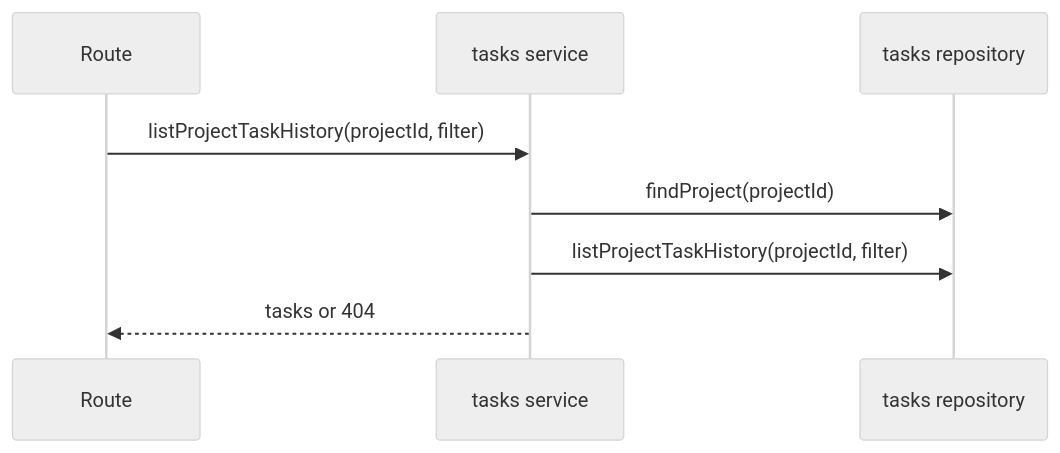
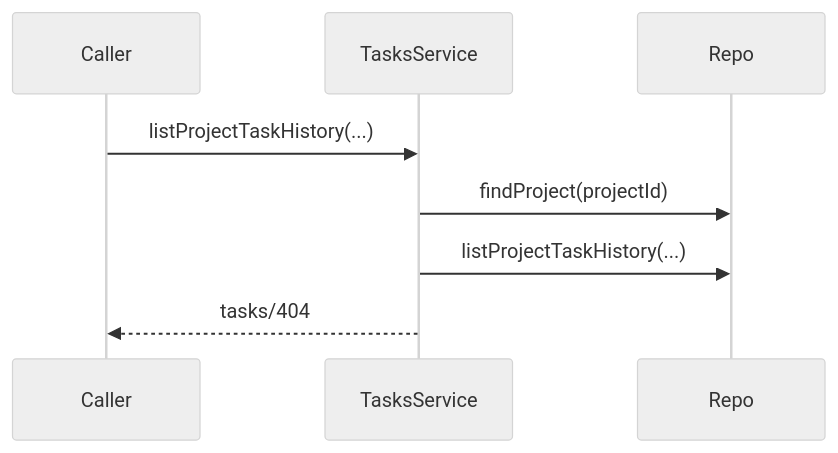
One commit to TurtleStoffel/tektite-console changed the second of 8 diagrams in src/backend/domains/tasks/README.md. Above: the diagram before and after it, drawn with Mermaid (neutral theme). The commit also changed other lines of this file and 30 other files, not shown here.

````diff
--- a/src/backend/domains/tasks/README.md
+++ b/src/backend/domains/tasks/README.md
@@ -24,10 +20,10 @@
 ```mermaid
 sequenceDiagram
-    participant Route
-    participant Service as tasks service
-    participant Repo as tasks repository
-    Route->>Service: listProjectTaskHistory(projectId, filter)
-    Service->>Repo: findProject(projectId)
-    Service->>Repo: listProjectTaskHistory(projectId, filter)
-    Service-->>Route: tasks or 404
+    participant Caller
+    participant TasksService
+    participant Repo
+    Caller->>TasksService: listProjectTaskHistory(...)
+    TasksService->>Repo: findProject(projectId)
+    TasksService->>Repo: listProjectTaskHistory(...)
+    TasksService-->>Caller: tasks/404
 ```
````
